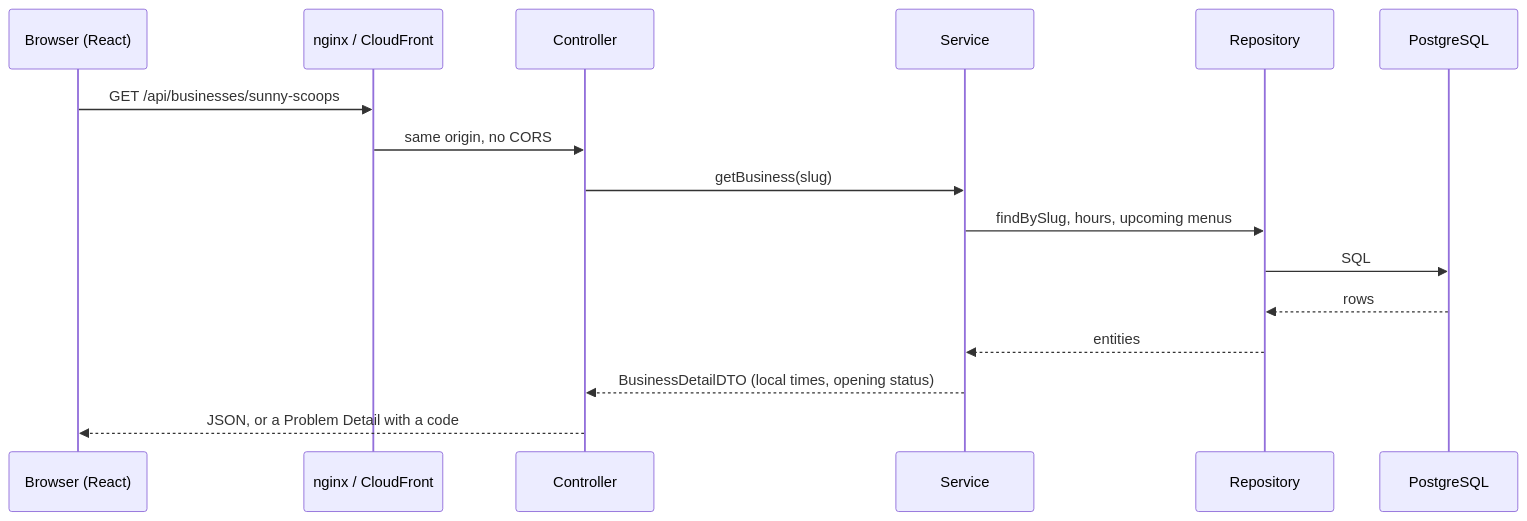
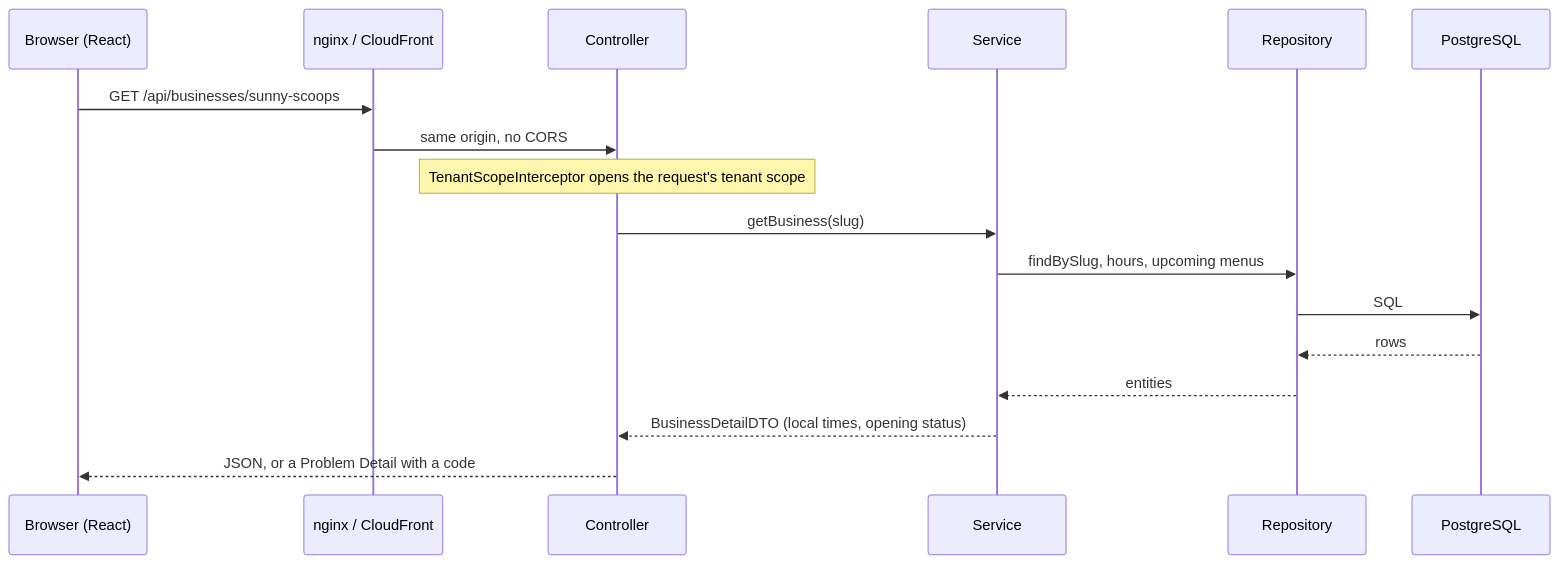
Before and after one commit to landoicco/itacatl: the first of 3 diagrams in docs/architecture.md, drawn with Mermaid. The commit also changed other lines of this file and 7 other files, not shown here.

````diff
--- a/docs/architecture.md
+++ b/docs/architecture.md
@@ -7,18 +7,19 @@
 ```mermaid
 sequenceDiagram
     participant B as Browser (React)
     participant N as nginx / CloudFront
     participant C as Controller
     participant S as Service
     participant R as Repository
     participant DB as PostgreSQL
     B->>N: GET /api/businesses/sunny-scoops
     N->>C: same origin, no CORS
+    Note over C: TenantScopeInterceptor opens the request's tenant scope
     C->>S: getBusiness(slug)
     S->>R: findBySlug, hours, upcoming menus
     R->>DB: SQL
     DB-->>R: rows
     R-->>S: entities
     S-->>C: BusinessDetailDTO (local times, opening status)
     C-->>B: JSON, or a Problem Detail with a code
 ```
````
